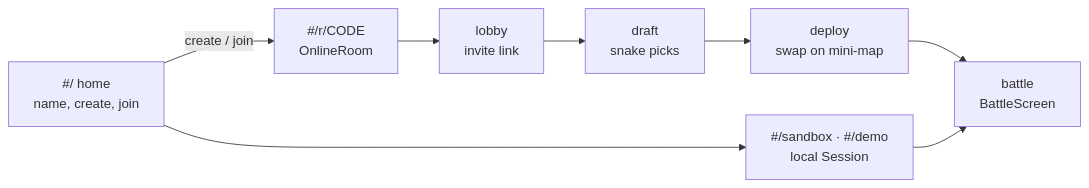
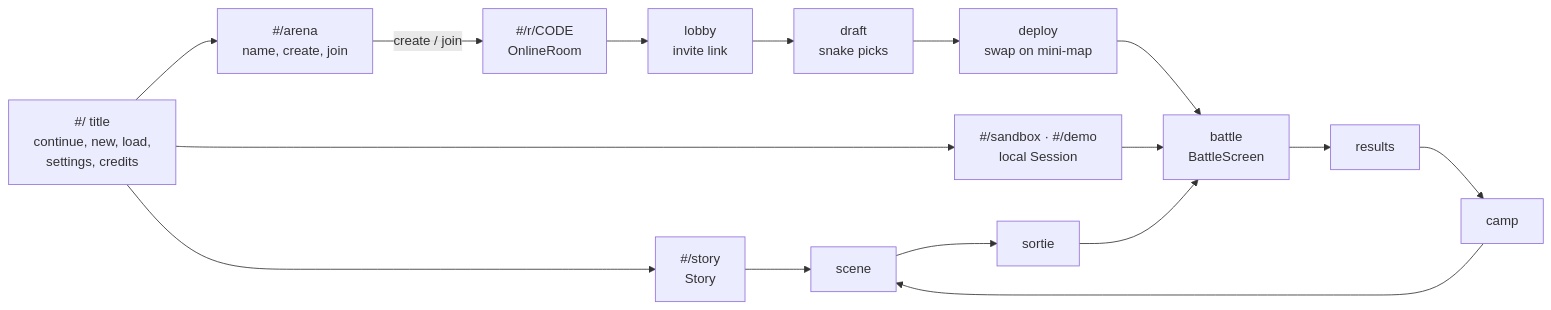
Before and after one commit to dudueul/caocao: the ninth of 12 diagrams in docs/remake/ARCHITECTURE.md, drawn with Mermaid. The commit also changed other lines of this file and 56 other files, not shown here.

First line of the commit message:
Client: title menu, Story screens, portraits, sound, saves and settings

````diff
--- a/docs/remake/ARCHITECTURE.md
+++ b/docs/remake/ARCHITECTURE.md
@@ -306,10 +314,14 @@
 ```mermaid
 flowchart LR
-  H["#/ home<br/>name, create, join"] -->|create / join| R["#/r/CODE<br/>OnlineRoom"]
-  H --> S["#/sandbox · #/demo<br/>local Session"]
+  T["#/ title<br/>continue, new, load,<br/>settings, credits"] --> Y["#/story<br/>Story"]
+  T --> H["#/arena<br/>name, create, join"]
+  T --> S["#/sandbox · #/demo<br/>local Session"]
+  H -->|create / join| R["#/r/CODE<br/>OnlineRoom"]
   R --> L["lobby<br/>invite link"]
   L --> D["draft<br/>snake picks"]
   D --> P["deploy<br/>swap on mini-map"]
   P --> B["battle<br/>BattleScreen"]
   S --> B
+  Y --> SC["scene"] --> SO["sortie"] --> B
+  B --> RS["results"] --> CA["camp"] --> SC
 ```
````
